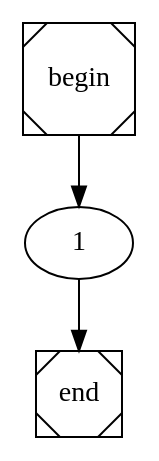
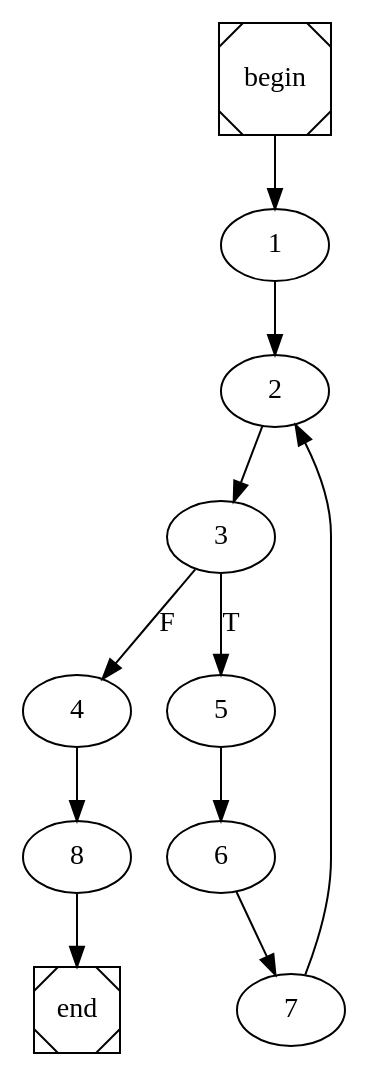
One commit to TiagooGomess/COMP2021-1B changed the diagram in main.dot. Above: the diagram before and after it, drawn with Graphviz. The commit also changed 6 other files, not shown here.

```diff
--- a/main.dot
+++ b/main.dot
@@ -1,4 +1,4 @@
 digraph cfg {
 	begin [shape=Msquare];
 	end [shape=Msquare];
-	begin -> 1;	1 -> end;}
+	begin -> 1;	1 -> 2;	2 -> 3;	3 -> 5[label=T];	3 -> 4[label=F];	4 -> 8;	5 -> 6;	6 -> 7;	7 -> 2;	8 -> end;}
```
